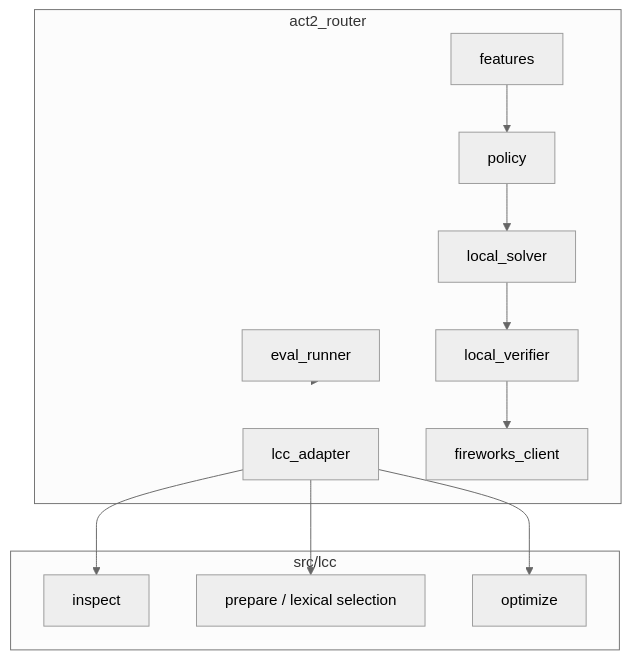
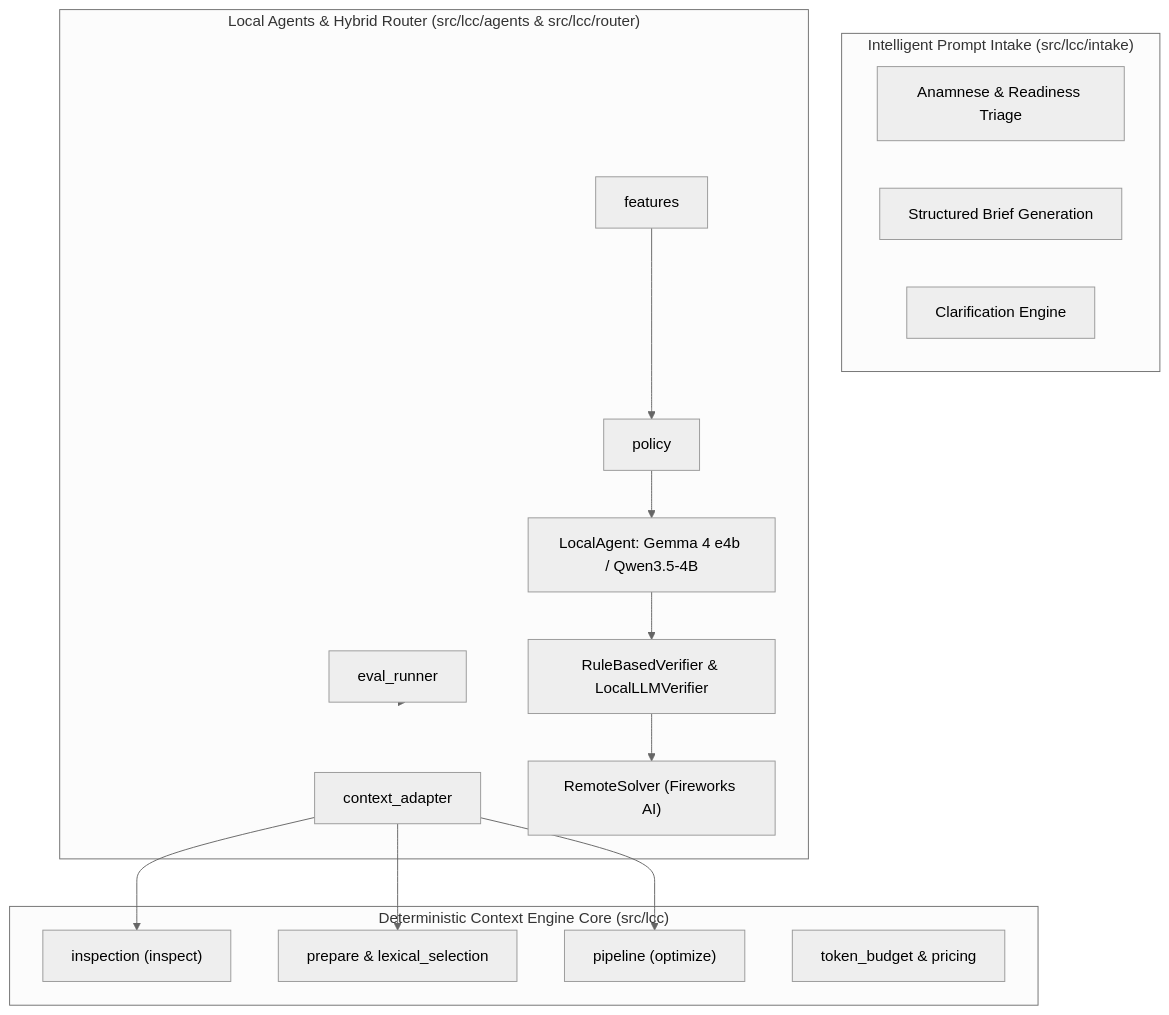
The second of 6 diagrams in docs/architecture.md (lucasmartins-ai/lcc), drawn with Mermaid (neutral theme) before and after one commit. The commit also changed other lines of this file and 57 other files, not shown here.

Commit message:
feat: integrate Gemma 4 e4b & Qwen3.5-4B local agents, unify 3 architecture pillars, and polish repository for GitHub

````diff
--- a/docs/architecture.md
+++ b/docs/architecture.md
@@ -20,25 +27,31 @@
 ```mermaid
 flowchart TB
-  subgraph Core["src/lcc"]
-    Inspect["inspect"]
-    Prepare["prepare / lexical selection"]
-    Optimize["optimize"]
+  subgraph DeterministicCore["Deterministic Context Engine Core (src/lcc)"]
+    Inspect["inspection (inspect)"]
+    Prepare["prepare & lexical_selection"]
+    Optimize["pipeline (optimize)"]
+    Budget["token_budget & pricing"]
   end
-  subgraph Router["act2_router"]
-    Adapter["lcc_adapter"]
+  subgraph PromptIntake["Intelligent Prompt Intake (src/lcc/intake)"]
+    Anamnese["Anamnese & Readiness Triage"]
+    Brief["Structured Brief Generation"]
+    Questions["Clarification Engine"]
+  end
+  subgraph LocalAgentsAndRouter["Local Agents & Hybrid Router (src/lcc/agents & src/lcc/router)"]
+    Adapter["context_adapter"]
     Features["features"]
     Policy["policy"]
-    LocalSolver["local_solver"]
-    Gate["local_verifier"]
-    Remote["fireworks_client"]
+    LocalAgentEngine["LocalAgent: Gemma 4 e4b / Qwen3.5-4B"]
+    Gate["RuleBasedVerifier & LocalLLMVerifier"]
+    Remote["RemoteSolver (Fireworks AI)"]
     Eval["eval_runner"]
   end
   Adapter --> Inspect
   Adapter --> Prepare
   Adapter --> Optimize
   Features --> Policy
-  Policy --> LocalSolver
-  LocalSolver --> Gate
+  Policy --> LocalAgentEngine
+  LocalAgentEngine --> Gate
   Gate --> Remote
-  Eval --> Router
+  Eval --> LocalAgentsAndRouter
 ```
````
